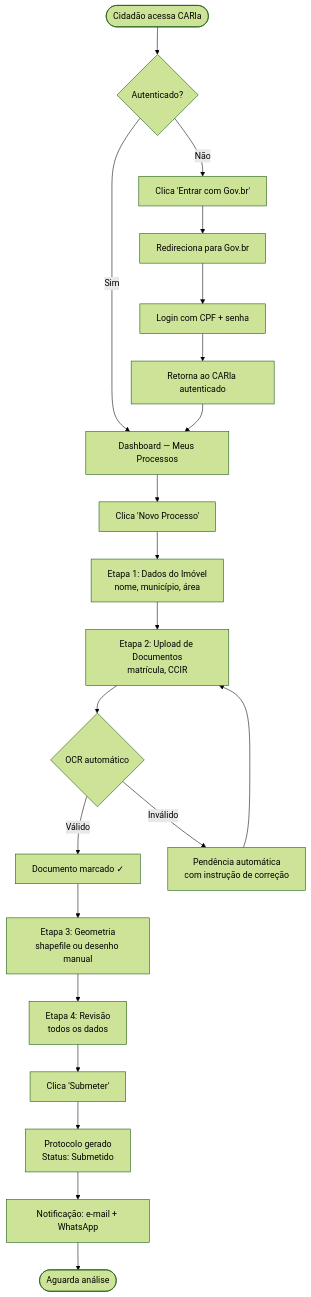
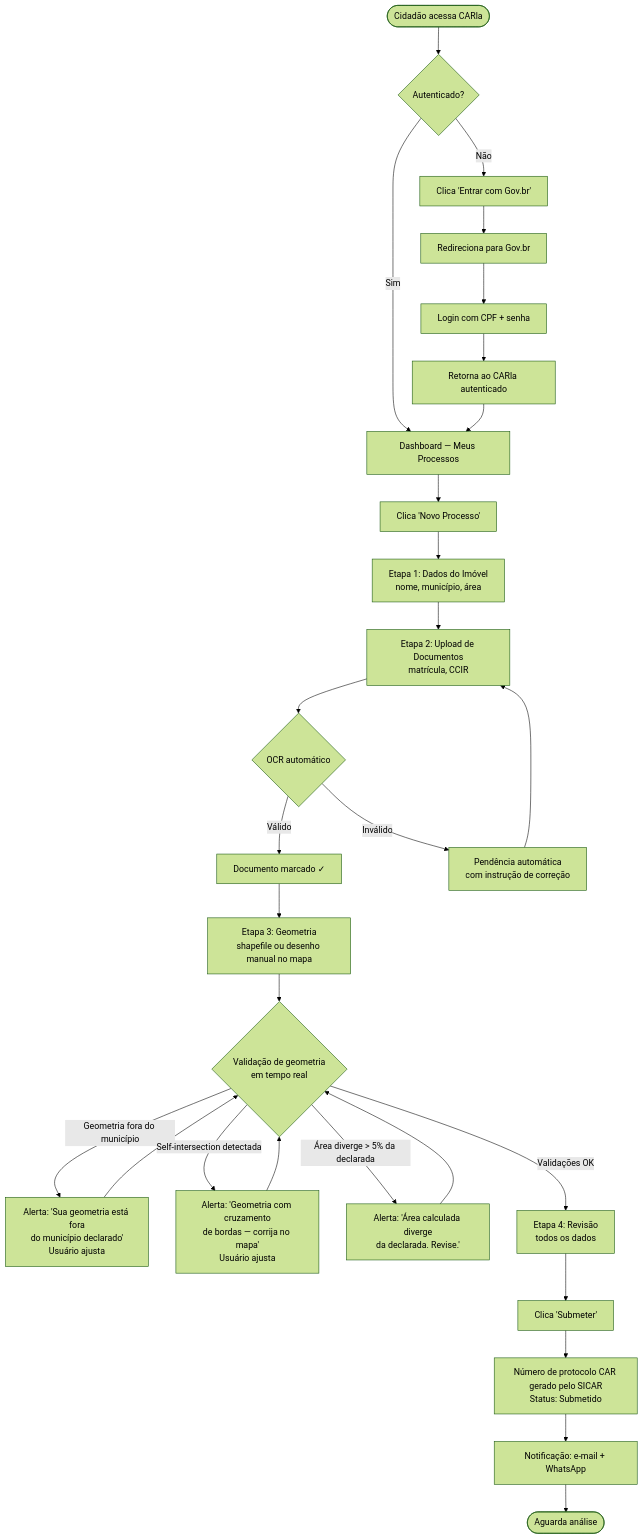
The first of 2 diagrams in website/docs/design/fluxos/cidadao.md (gresas/carla-cadastro-rural), drawn with Mermaid (forest theme) before and after one commit. The commit also changed other lines of this file and 15 other files, not shown here.

````diff
--- a/website/docs/design/fluxos/cidadao.md
+++ b/website/docs/design/fluxos/cidadao.md
@@ -16,25 +16,32 @@
 ```mermaid
 flowchart TD
     A([Cidadão acessa CARla]) --> B{Autenticado?}
     B -- Não --> C[Clica 'Entrar com Gov.br']
     C --> D[Redireciona para Gov.br]
     D --> E[Login com CPF + senha]
     E --> F[Retorna ao CARla autenticado]
     B -- Sim --> G
     F --> G[Dashboard — Meus Processos]
 
     G --> H[Clica 'Novo Processo']
     H --> I[Etapa 1: Dados do Imóvel\nnome, município, área]
     I --> J[Etapa 2: Upload de Documentos\nmatrícula, CCIR]
     J --> K{OCR automático}
     K -- Válido --> L[Documento marcado ✓]
     K -- Inválido --> M[Pendência automática\ncom instrução de correção]
     M --> J
 
-    L --> N[Etapa 3: Geometria\nshapefile ou desenho manual]
-    N --> O[Etapa 4: Revisão\ntodos os dados]
+    L --> N[Etapa 3: Geometria\nshapefile ou desenho manual no mapa]
+    N --> NA{Validação de geometria\nem tempo real}
+    NA -- Geometria fora do município --> NB[Alerta: 'Sua geometria está fora\ndo município declarado'\nUsuário ajusta]
+    NB --> NA
+    NA -- Self-intersection detectada --> NC[Alerta: 'Geometria com cruzamento\nde bordas — corrija no mapa'\nUsuário ajusta]
+    NC --> NA
+    NA -- Área diverge > 5% da declarada --> ND[Alerta: 'Área calculada diverge\nda declarada. Revise.']
+    ND --> NA
+    NA -- Validações OK --> O[Etapa 4: Revisão\ntodos os dados]
     O --> P[Clica 'Submeter']
-    P --> Q[Protocolo gerado\nStatus: Submetido]
+    P --> Q[Número de protocolo CAR gerado pelo SICAR\nStatus: Submetido]
     Q --> R[Notificação: e-mail + WhatsApp]
     R --> S([Aguarda análise])
 ```
````
